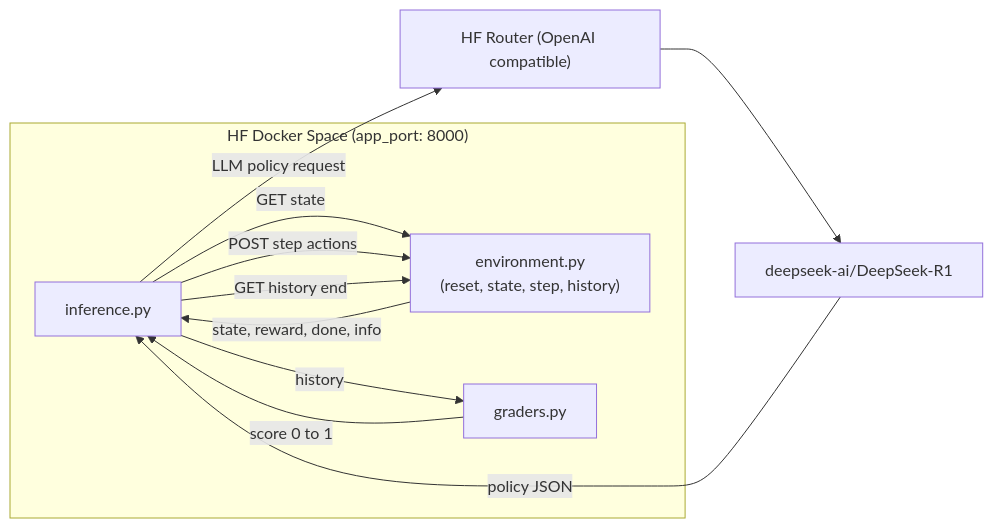
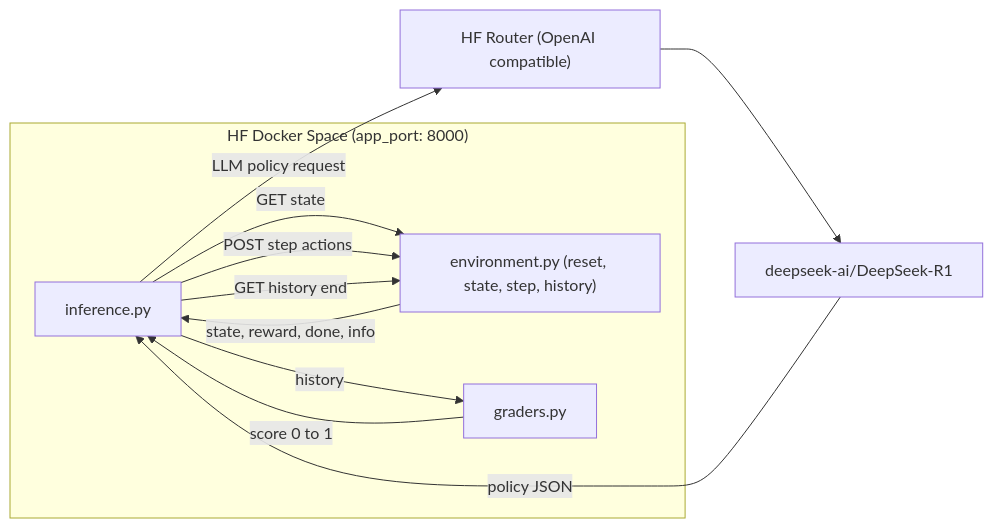
Before and after one commit to Sanjeev-Kumar78/traffic_corridor_RL: the diagram in README.md, drawn with Mermaid. The commit also changed other lines of this file, not shown here.

````diff
--- a/README.md
+++ b/README.md
@@ -23,19 +26,19 @@
 ```mermaid
 flowchart LR
     subgraph SPACE["HF Docker Space (app_port: 8000)"]
         INF["inference.py"]
-        ENV["environment.py<br/>(reset, state, step, history)"]
+        ENV["environment.py (reset, state, step, history)"]
         GRD["graders.py"]
     end
 
     INF -->|GET state| ENV
     INF -->|POST step actions| ENV
     ENV -->|state, reward, done, info| INF
     INF -->|GET history end| ENV
     INF -->|history| GRD
     GRD -->|score 0 to 1| INF
 
     INF -->|LLM policy request| HF["HF Router (OpenAI compatible)"]
     HF --> R1["deepseek-ai/DeepSeek-R1"]
     R1 -->|policy JSON| INF
 ```
````
